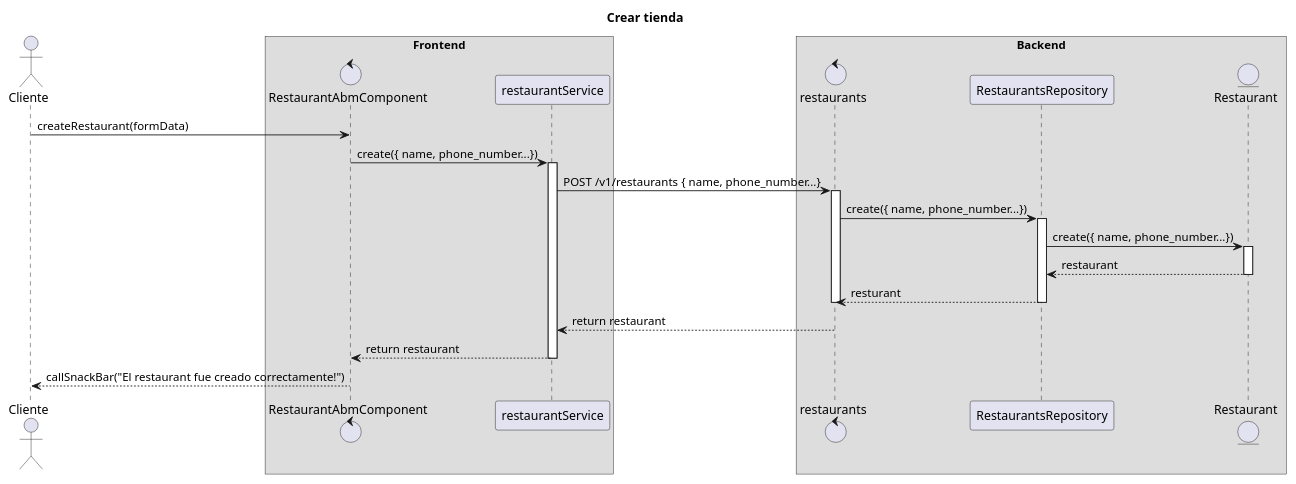
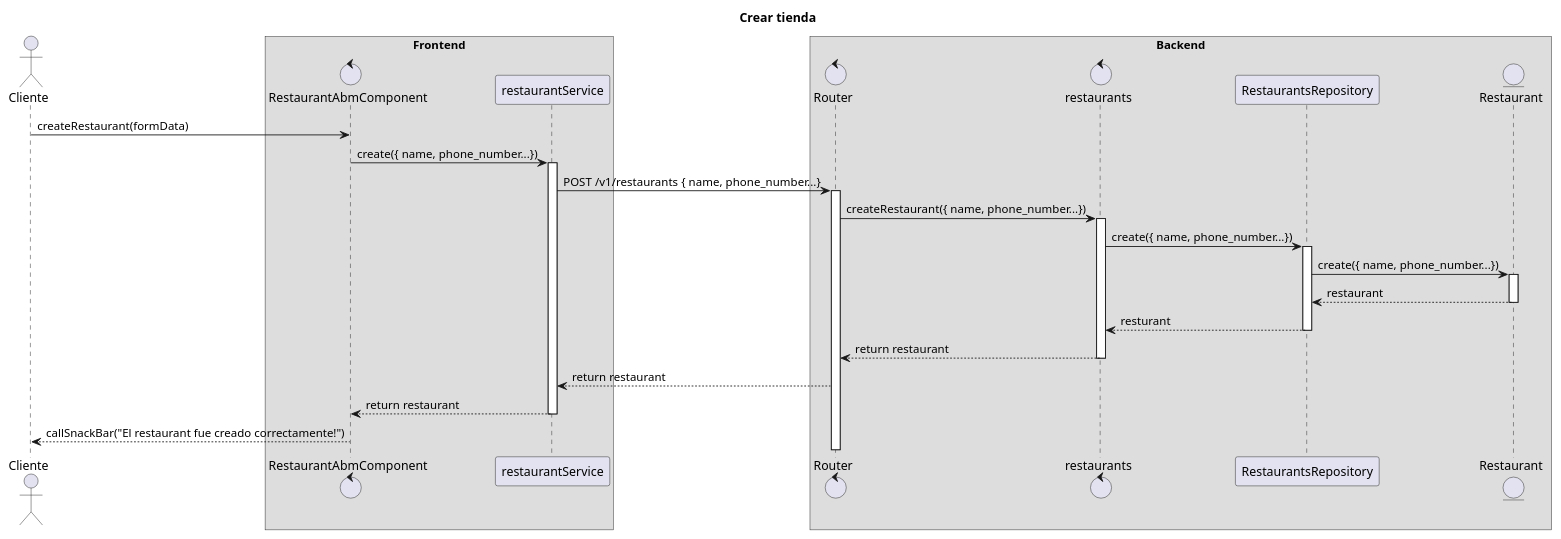
One commit to ml-cchiappone/is-um2023 changed the diagram in 3.Diseño/3.4 Diagramas de secuencia/crear_tienda.wsd. Above: the diagram before and after it, drawn with PlantUML. The commit also changed 8 other files, not shown here.

```diff
--- a/3.Diseño/3.4 Diagramas de secuencia/crear_tienda.wsd
+++ b/3.Diseño/3.4 Diagramas de secuencia/crear_tienda.wsd
@@ -1,30 +1,34 @@
 @startuml
 title Crear tienda
 actor Cliente
 box "Frontend"
 control RestaurantAbmComponent
 
 Cliente->RestaurantAbmComponent: createRestaurant(formData)
 RestaurantAbmComponent->restaurantService:create({ name, phone_number...})
 activate restaurantService
 end box
 box "Backend"
+control Router
+restaurantService->Router: POST /v1/restaurants { name, phone_number...}
+activate Router
 control restaurants
-restaurantService->restaurants: POST /v1/restaurants { name, phone_number...}
+Router->restaurants:createRestaurant({ name, phone_number...}) 
 activate restaurants
 restaurants->RestaurantsRepository: create({ name, phone_number...})
 activate RestaurantsRepository
 entity Restaurant
 RestaurantsRepository->Restaurant: create({ name, phone_number...})
 activate Restaurant
 Restaurant-->"RestaurantsRepository": restaurant
 deactivate Restaurant
 RestaurantsRepository-->restaurants: resturant
 deactivate RestaurantsRepository
 end box
+"restaurants"-->Router: return restaurant
 deactivate restaurants
-"restaurants"-->restaurantService: return restaurant
+Router-->restaurantService: return restaurant
 restaurantService-->RestaurantAbmComponent: return restaurant
 deactivate restaurantService
 RestaurantAbmComponent-->"Cliente": callSnackBar("El restaurant fue creado correctamente!")
 @enduml
```
